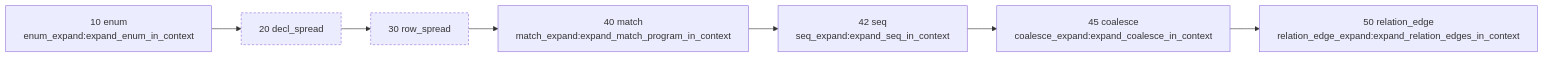
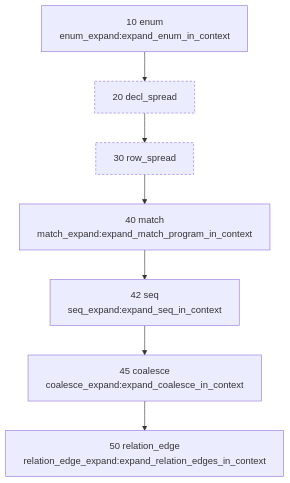
The first of 4 diagrams in v6/ARCH-MAP.md (hafley66/sprefa), drawn with Mermaid before and after one commit. The commit also changed other lines of this file and 1 other file, not shown here.

Commit message:
self-map diagrams stack vertically: all 4 flowcharts TD, registry axes chained with invisible links (14 disconnected subgraphs rendered as one unreadable horizontal strip); SELF MAP HOLDS byte-stable

````diff
--- a/v6/ARCH-MAP.md
+++ b/v6/ARCH-MAP.md
@@ -12,19 +12,19 @@
 ```mermaid
-flowchart LR
+flowchart TD
   ph_enum["10 enum<br/>enum_expand:expand_enum_in_context"]
   ph_decl_spread["20 decl_spread"]
   ph_row_spread["30 row_spread"]
   ph_match["40 match<br/>match_expand:expand_match_program_in_context"]
   ph_seq["42 seq<br/>seq_expand:expand_seq_in_context"]
   ph_coalesce["45 coalesce<br/>coalesce_expand:expand_coalesce_in_context"]
   ph_relation_edge["50 relation_edge<br/>relation_edge_expand:expand_relation_edges_in_context"]
   ph_enum --> ph_decl_spread
   ph_decl_spread --> ph_row_spread
   ph_row_spread --> ph_match
   ph_match --> ph_seq
   ph_seq --> ph_coalesce
   ph_coalesce --> ph_relation_edge
   classDef slot stroke-dasharray: 4 3
   class ph_decl_spread slot
   class ph_row_spread slot
 ```
````
